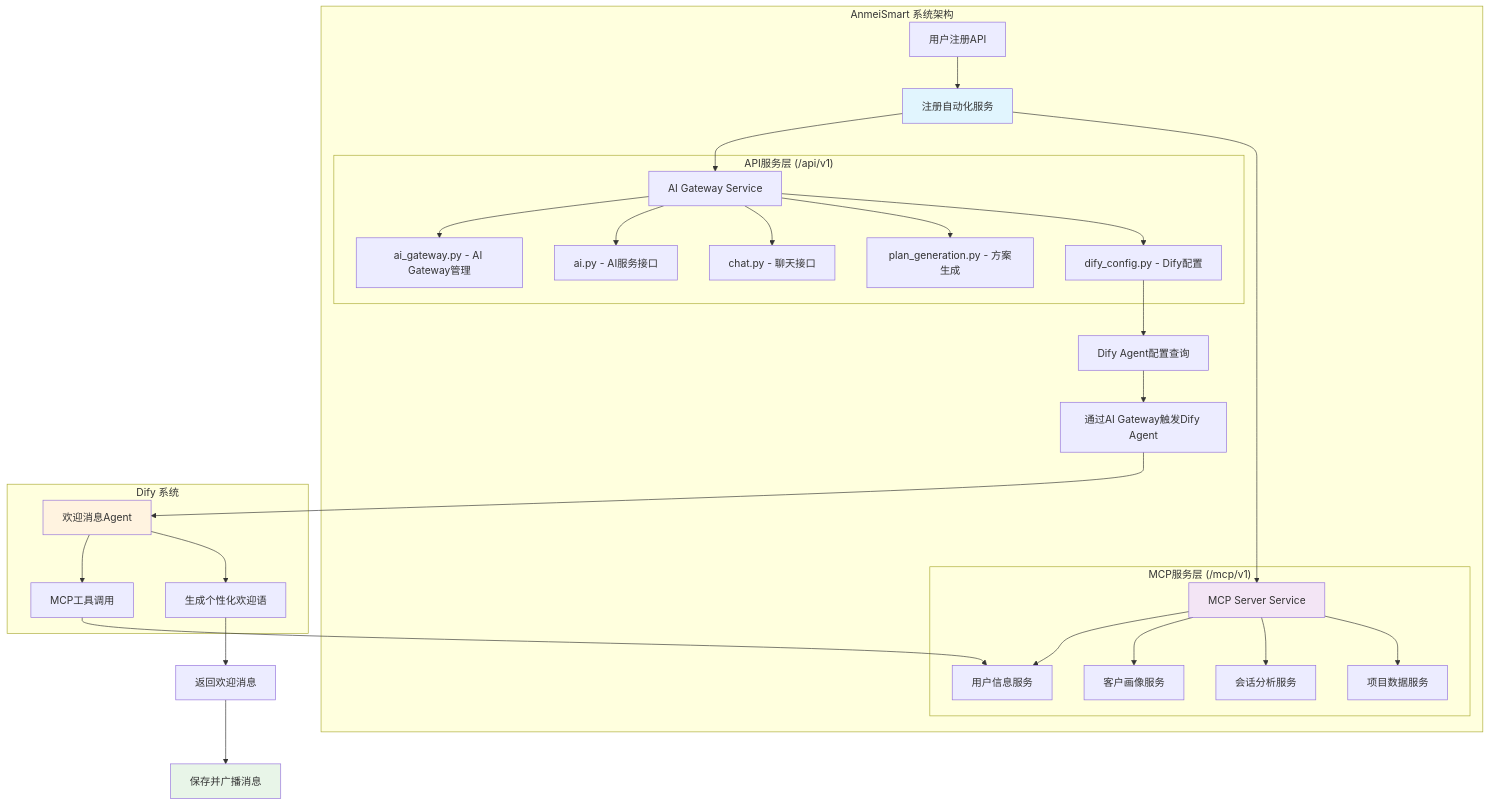
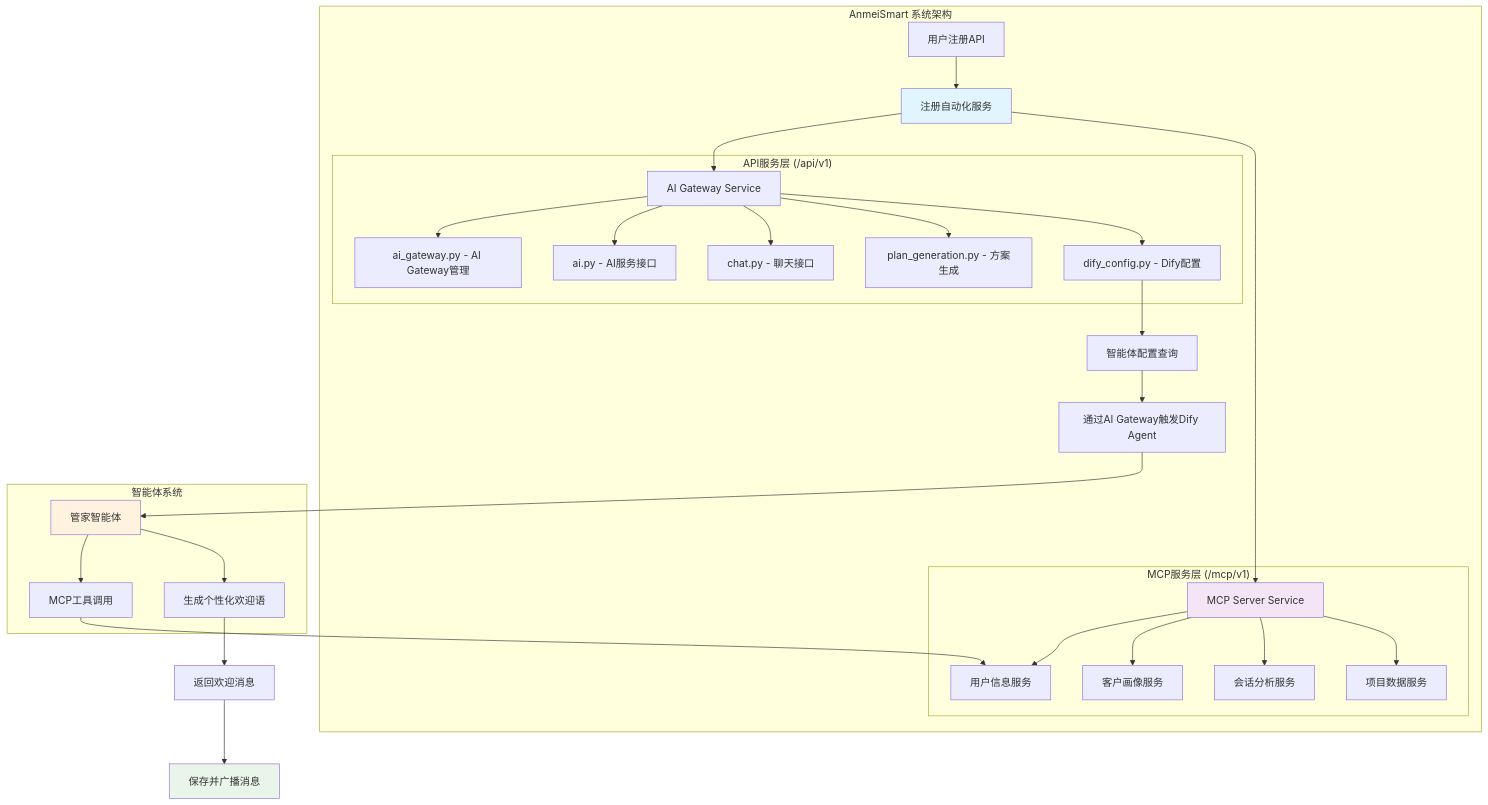
One commit to maven-gavin/AnmeiSmart changed the first of 2 diagrams in docs/user-registration-automation-prd.md. Above: the diagram before and after it, drawn with Mermaid. The commit also changed other lines of this file, not shown here.

````diff
--- a/docs/user-registration-automation-prd.md
+++ b/docs/user-registration-automation-prd.md
@@ -58,41 +58,41 @@
 ```mermaid
 graph TB
     subgraph "AnmeiSmart 系统架构"
         A[用户注册API] --> B[注册自动化服务]
         B --> C[AI Gateway Service]
         B --> D[MCP Server Service]
   
         subgraph "API服务层 (/api/v1)"
             C --> E[ai_gateway.py - AI Gateway管理]
             C --> F[ai.py - AI服务接口]
             C --> G[chat.py - 聊天接口]
             C --> H[plan_generation.py - 方案生成]
             C --> I[dify_config.py - Dify配置]
         end
   
         subgraph "MCP服务层 (/mcp/v1)"
             D --> J[用户信息服务]
             D --> K[客户画像服务]
             D --> L[会话分析服务]
             D --> M[项目数据服务]
         end
   
-        I --> N[Dify Agent配置查询]
+        I --> N[智能体配置查询]
         N --> O[通过AI Gateway触发Dify Agent]
     end
   
-    subgraph "Dify 系统"
-        O --> P[欢迎消息Agent]
+    subgraph "智能体系统"
+        O --> P[管家智能体]
         P --> Q[MCP工具调用]
         Q --> J
         P --> R[生成个性化欢迎语]
     end
   
     R --> S[返回欢迎消息]
     S --> T[保存并广播消息]
   
     style B fill:#e1f5fe
     style D fill:#f3e5f5
     style P fill:#fff3e0
     style T fill:#e8f5e8
 ```
````
